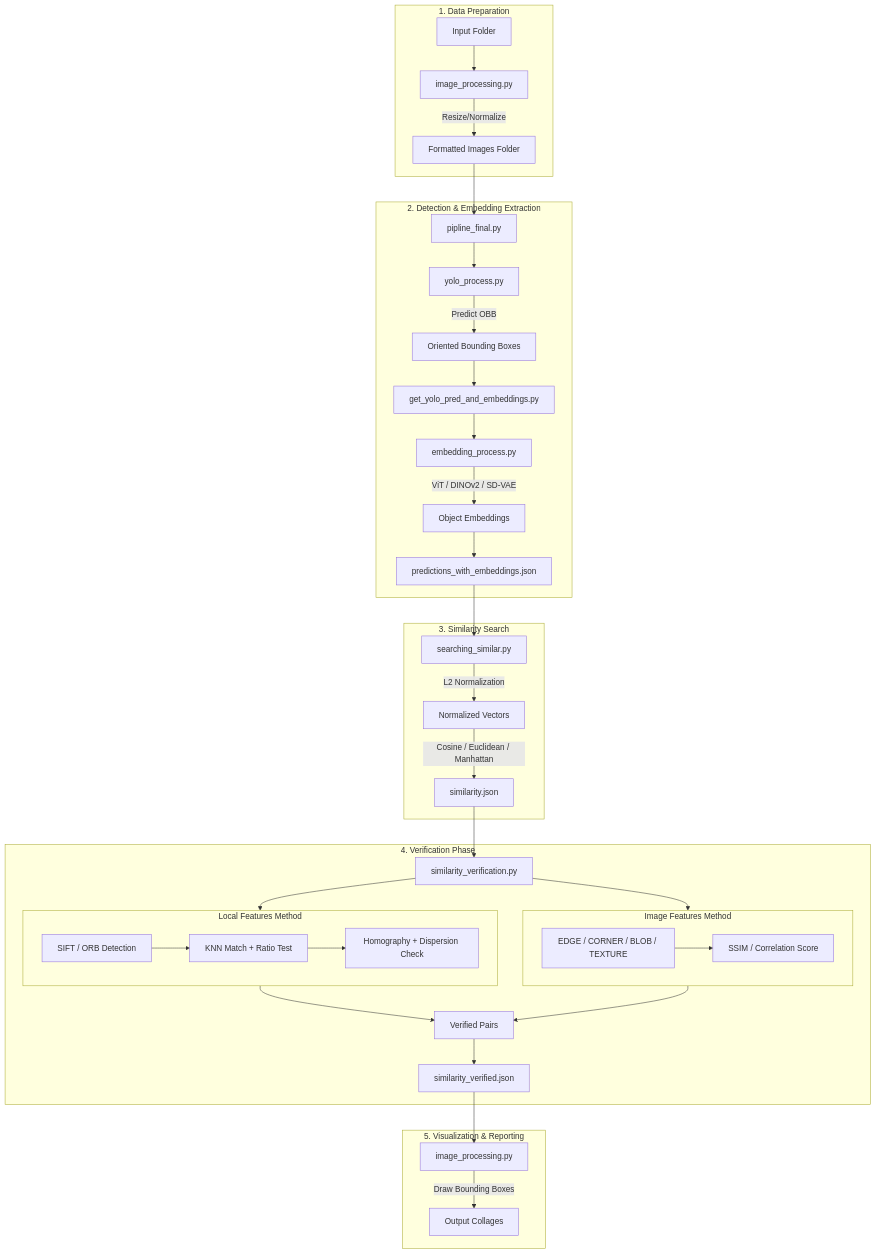
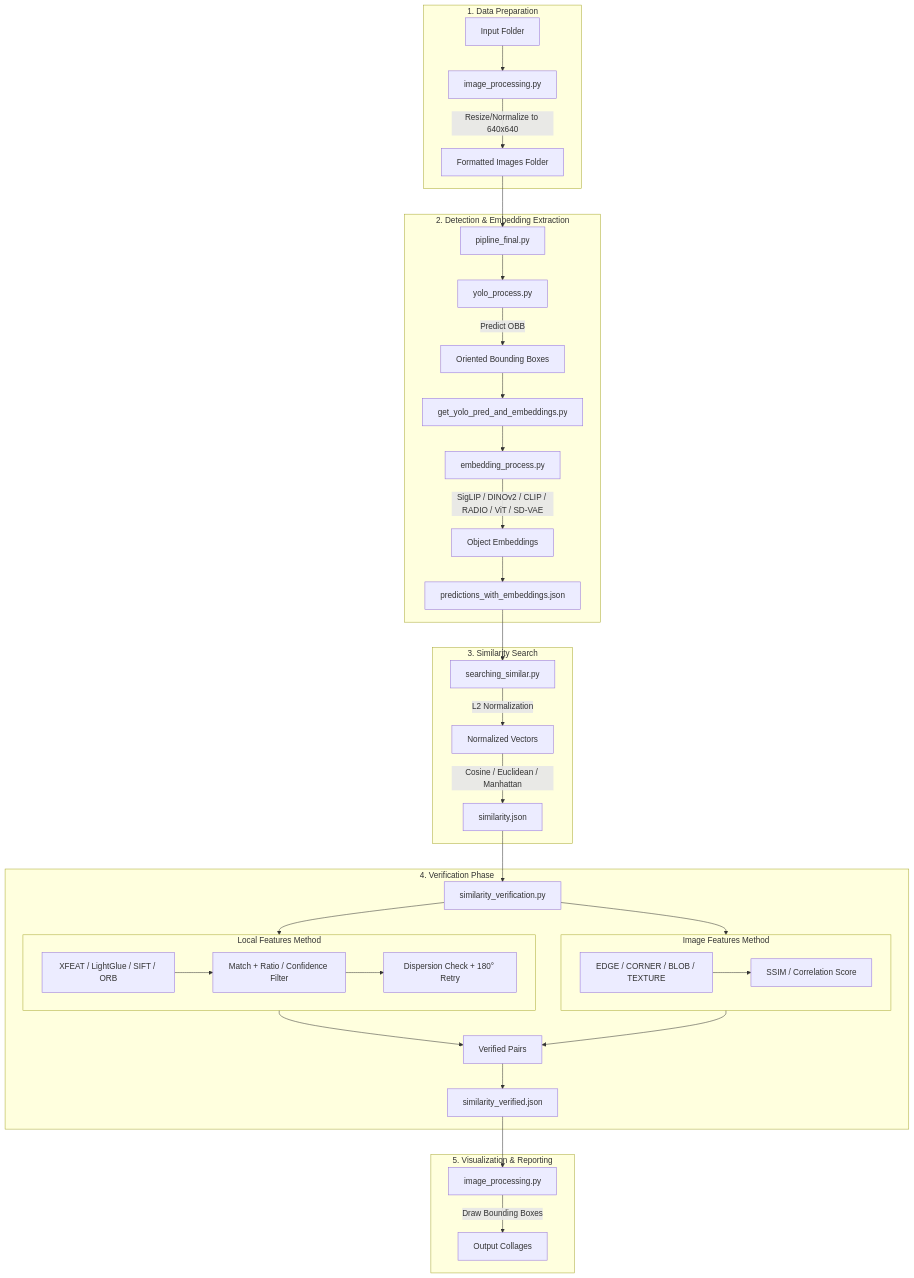
The diagram in STRUCTURE.md (volk6022/make-dataset-train-yolo-search-similar-objects), drawn with Mermaid before and after one commit. The commit also changed other lines of this file and 1 other file, not shown here.

````diff
--- a/STRUCTURE.md
+++ b/STRUCTURE.md
@@ -9,47 +7,47 @@
 ```mermaid
 graph TD
     subgraph Data_Preparation [1. Data Preparation]
         A[Input Folder] --> B[image_processing.py]
-        B -->|Resize/Normalize| C[Formatted Images Folder]
+        B -->|Resize/Normalize to 640x640| C[Formatted Images Folder]
     end
 
     subgraph Detection_and_Embedding [2. Detection & Embedding Extraction]
         C --> D[pipline_final.py]
         D --> E[yolo_process.py]
         E -->|Predict OBB| F[Oriented Bounding Boxes]
         F --> G[get_yolo_pred_and_embeddings.py]
         G --> H[embedding_process.py]
-        H -->|ViT / DINOv2 / SD-VAE| I[Object Embeddings]
+        H -->|SigLIP / DINOv2 / CLIP / RADIO / ViT / SD-VAE| I[Object Embeddings]
         I --> J[predictions_with_embeddings.json]
     end
 
     subgraph Similarity_Search [3. Similarity Search]
         J --> K[searching_similar.py]
         K -->|L2 Normalization| L[Normalized Vectors]
         L -->|Cosine / Euclidean / Manhattan| M[similarity.json]
     end
 
     subgraph Verification_Phase [4. Verification Phase]
         M --> N[similarity_verification.py]
-        
+
         subgraph Local_Features [Local Features Method]
-            N1[SIFT / ORB Detection] --> N2[KNN Match + Ratio Test]
-            N2 --> N3[Homography + Dispersion Check]
+            N1[XFEAT / LightGlue / SIFT / ORB] --> N2[Match + Ratio / Confidence Filter]
+            N2 --> N3[Dispersion Check + 180° Retry]
         end
-        
+
         subgraph Image_Features [Image Features Method]
             I1[EDGE / CORNER / BLOB / TEXTURE] --> I2[SSIM / Correlation Score]
         end
-        
+
         N --> Local_Features
         N --> Image_Features
         Local_Features --> O[Verified Pairs]
         Image_Features --> O
         O --> P[similarity_verified.json]
     end
 
     subgraph Visualization [5. Visualization & Reporting]
         P --> Q[image_processing.py]
         Q -->|Draw Bounding Boxes| R[Output Collages]
     end
 ```
````
